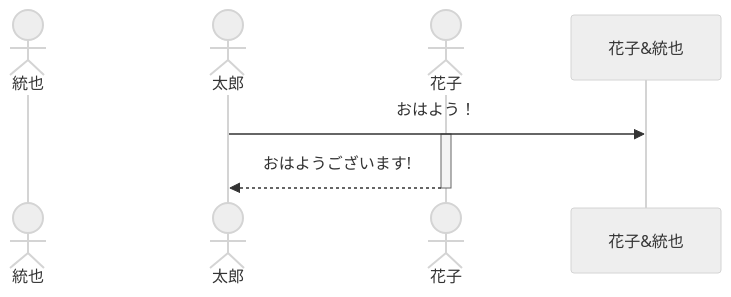
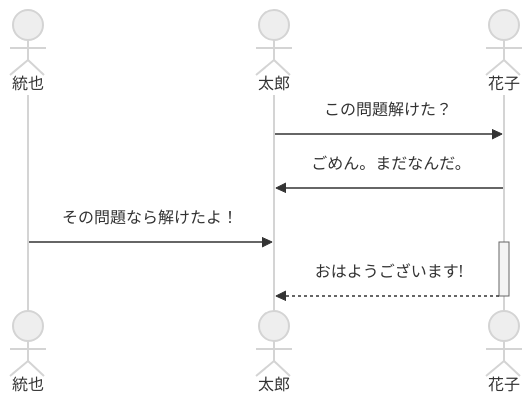
The second of 3 diagrams in README.md (KinoshitaToya/mermaid_test), drawn with Mermaid (neutral theme) before and after one commit.

````diff
--- a/README.md
+++ b/README.md
@@ -37,11 +37,12 @@
 ```mermaid
 sequenceDiagram
     actor 統也
     actor 太郎
     actor 花子
-    
-    太郎->>花子&統也: おはよう！
+    太郎->>花子: この問題解けた？
+    花子->>太郎: ごめん。まだなんだ。
+    統也->>太郎: その問題なら解けたよ！
     activate 花子
     花子-->>太郎: おはようございます!
     deactivate 花子
 ```
````
